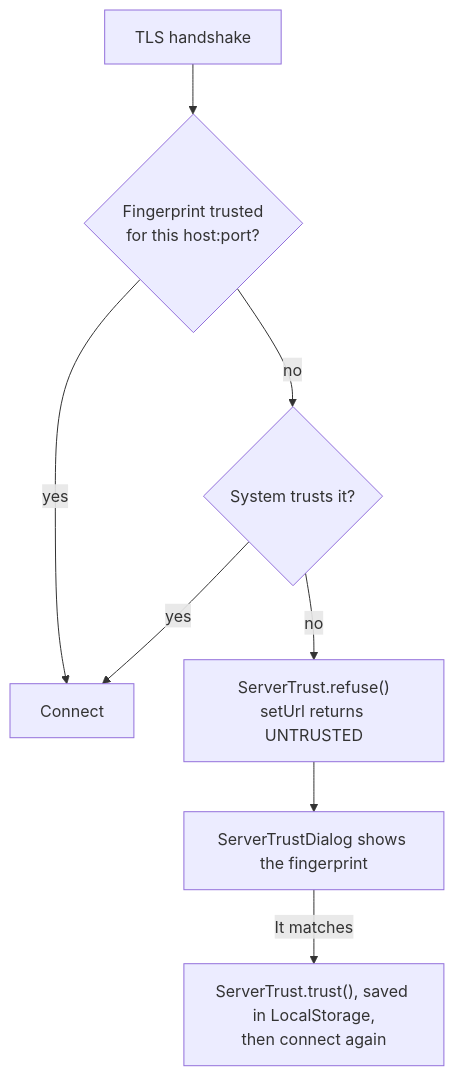
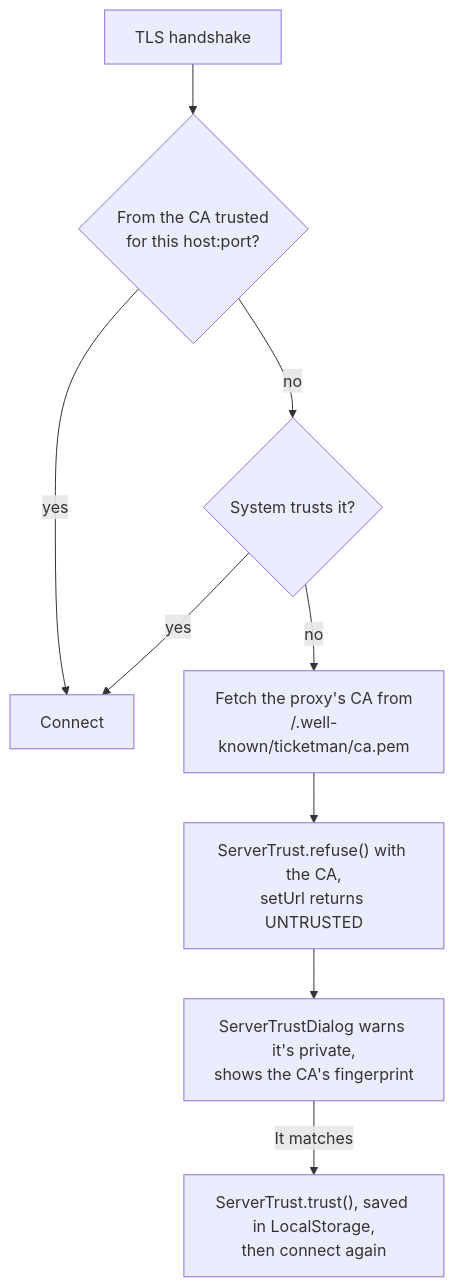
The second of 3 diagrams in docs/client/networking.md (Mr0btain/TicketMan), drawn with Mermaid before and after one commit. The commit also changed other lines of this file and 78 other files, not shown here.

````diff
--- a/docs/client/networking.md
+++ b/docs/client/networking.md
@@ -93,10 +94,11 @@
 ```mermaid
 flowchart TD
-    H[TLS handshake] --> P{Fingerprint trusted<br/>for this host:port?}
+    H[TLS handshake] --> P{"From the CA trusted<br/>for this host:port?"}
     P -- yes --> OK[Connect]
     P -- no --> S{System trusts it?}
     S -- yes --> OK
-    S -- no --> R["ServerTrust.refuse()<br/>setUrl returns UNTRUSTED"]
-    R --> D["ServerTrustDialog shows the fingerprint"]
+    S -- no --> A["Fetch the proxy's CA from<br/>/.well-known/ticketman/ca.pem"]
+    A --> R["ServerTrust.refuse() with the CA,<br/>setUrl returns UNTRUSTED"]
+    R --> D["ServerTrustDialog warns it's private,<br/>shows the CA's fingerprint"]
     D -- "It matches" --> T["ServerTrust.trust(), saved in LocalStorage,<br/>then connect again"]
 ```
````
